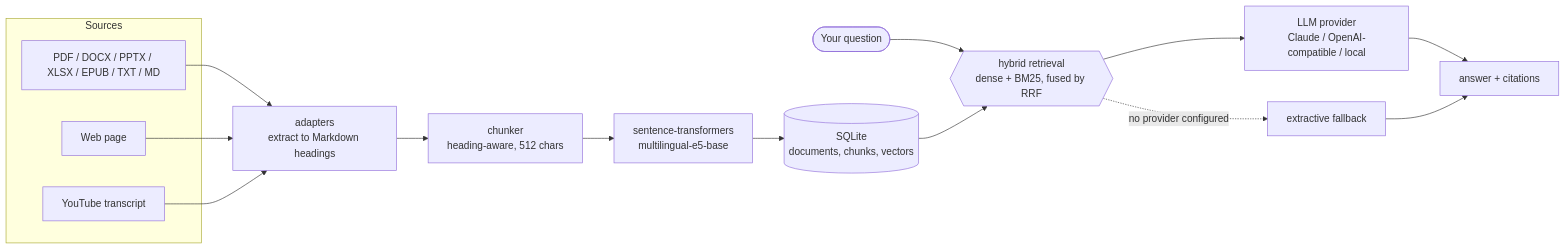
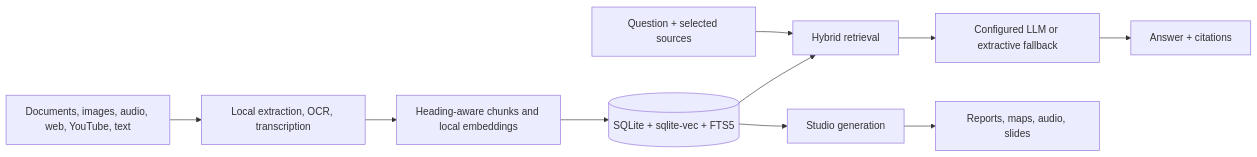
One commit to zqf20096327/dbhub_collect changed the diagram in data/readmes/tom1030507__OpenNotebookLM.md. Above: the diagram before and after it, drawn with Mermaid. The commit also changed other lines of this file and 591 other files, not shown here.

````diff
--- a/data/readmes/tom1030507__OpenNotebookLM.md
+++ b/data/readmes/tom1030507__OpenNotebookLM.md
@@ -267,22 +448,12 @@
 ```mermaid
 flowchart LR
-    subgraph sources[Sources]
-        S1[PDF / DOCX / PPTX / XLSX / EPUB / TXT / MD]
-        S2[Web page]
-        S3[YouTube transcript]
-    end
-
-    S1 --> AD[adapters<br/>extract to Markdown headings]
-    S2 --> AD
-    S3 --> AD
-    AD --> CH[chunker<br/>heading-aware, 512 chars]
-    CH --> EM[sentence-transformers<br/>multilingual-e5-base]
-    EM --> DB[(SQLite<br/>documents, chunks, vectors)]
-
-    Q([Your question]) --> RT
-    DB --> RT{{hybrid retrieval<br/>dense + BM25, fused by RRF}}
-    RT --> LLM[LLM provider<br/>Claude / OpenAI-compatible / local]
-    RT -. no provider configured .-> FB[extractive fallback]
-    LLM --> ANS[answer + citations]
-    FB --> ANS
+    Sources[Documents, images, audio, web, YouTube, text] --> Extract[Local extraction, OCR, transcription]
+    Extract --> Chunk[Heading-aware chunks and local embeddings]
+    Chunk --> DB[(SQLite + sqlite-vec + FTS5)]
+    Question[Question + selected sources] --> Retrieve[Hybrid retrieval]
+    DB --> Retrieve
+    Retrieve --> Model[Configured LLM or extractive fallback]
+    Model --> Answer[Answer + citations]
+    DB --> Studio[Studio generation]
+    Studio --> Outputs[Reports, maps, audio, slides]
 ```
````
